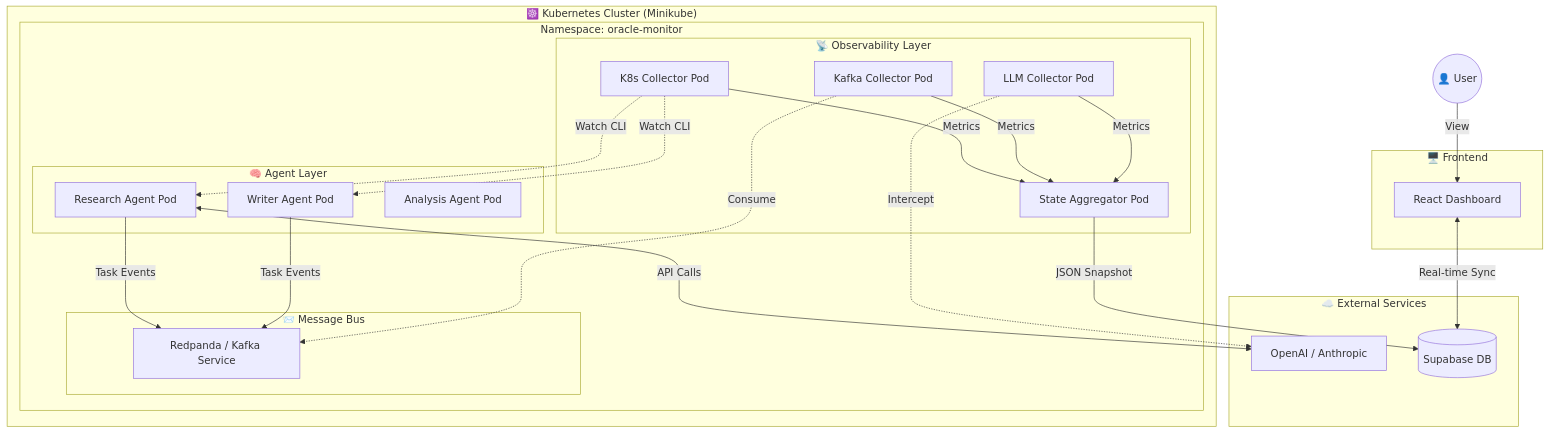
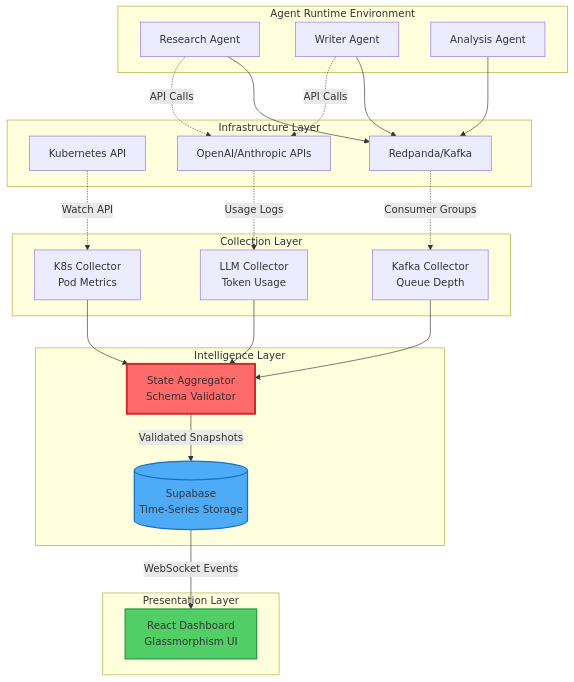
The diagram in README.md (pvjambur/OnFinance-Assignment-2-Submission), drawn with Mermaid before and after one commit. The commit also changed other lines of this file, not shown here.

````diff
--- a/README.md
+++ b/README.md
@@ -15,59 +56,51 @@
 ```mermaid
-graph TD
-    user((👤 User))
+graph TB
+    subgraph "Agent Runtime Environment"
+        A1[Research Agent]
+        A2[Writer Agent]
+        A3[Analysis Agent]
+    end
     
-    subgraph "☁️ External Services"
-        OpenAI[OpenAI / Anthropic]
-        Supabase[(Supabase DB)]
+    subgraph "Infrastructure Layer"
+        K8S[Kubernetes API]
+        KAFKA[Redpanda/Kafka]
+        LLM[OpenAI/Anthropic APIs]
     end
-
-    subgraph "🖥️ Frontend"
-        Dashboard[React Dashboard]
+    
+    subgraph "Collection Layer"
+        C1[K8s Collector<br/>Pod Metrics]
+        C2[Kafka Collector<br/>Queue Depth]
+        C3[LLM Collector<br/>Token Usage]
     end
-
-    subgraph "☸️ Kubernetes Cluster (Minikube)"
-        subgraph "Namespace: oracle-monitor"
-            
-            subgraph "🧠 Agent Layer"
-                ResearchPod[Research Agent Pod]
-                WriterPod[Writer Agent Pod]
-                AnalysisPod[Analysis Agent Pod]
-            end
-
-            subgraph "📨 Message Bus"
-                Kafka[Redpanda / Kafka Service]
-            end
-
-            subgraph "📡 Observability Layer"
-                K8sCol[K8s Collector Pod]
-                KafkaCol[Kafka Collector Pod]
-                LLMCol[LLM Collector Pod]
-                Aggregator[State Aggregator Pod]
-            end
-            
-        end
+    
+    subgraph "Intelligence Layer"
+        AGG[State Aggregator<br/>Schema Validator]
+        DB[(Supabase<br/>Time-Series Storage)]
     end
-
-    %% Flows
-    user -->|View| Dashboard
-    Dashboard <-->|Real-time Sync| Supabase
     
-    ResearchPod -->|Task Events| Kafka
-    WriterPod -->|Task Events| Kafka
+    subgraph "Presentation Layer"
+        UI[React Dashboard<br/>Glassmorphism UI]
+    end
     
-    ResearchPod <-->|API Calls| OpenAI
+    A1 --> KAFKA
+    A2 --> KAFKA
+    A3 --> KAFKA
     
-    %% Collection
-    K8sCol -.->|Watch CLI| ResearchPod
-    K8sCol -.->|Watch CLI| WriterPod
+    A1 -.->|API Calls| LLM
+    A2 -.->|API Calls| LLM
     
-    KafkaCol -.->|Consume| Kafka
-    LLMCol -.->|Intercept| OpenAI
-
-    %% Aggregation
-    K8sCol -->|Metrics| Aggregator
-    KafkaCol -->|Metrics| Aggregator
-    LLMCol -->|Metrics| Aggregator
+    K8S -.->|Watch API| C1
+    KAFKA -.->|Consumer Groups| C2
+    LLM -.->|Usage Logs| C3
     
-    Aggregator -->|JSON Snapshot| Supabase
+    C1 --> AGG
+    C2 --> AGG
+    C3 --> AGG
+    
+    AGG -->|Validated Snapshots| DB
+    DB -->|WebSocket Events| UI
+    
+    style AGG fill:#ff6b6b,stroke:#c92a2a,stroke-width:3px
+    style DB fill:#4dabf7,stroke:#1971c2,stroke-width:2px
+    style UI fill:#51cf66,stroke:#2f9e44,stroke-width:2px
 ```
````
